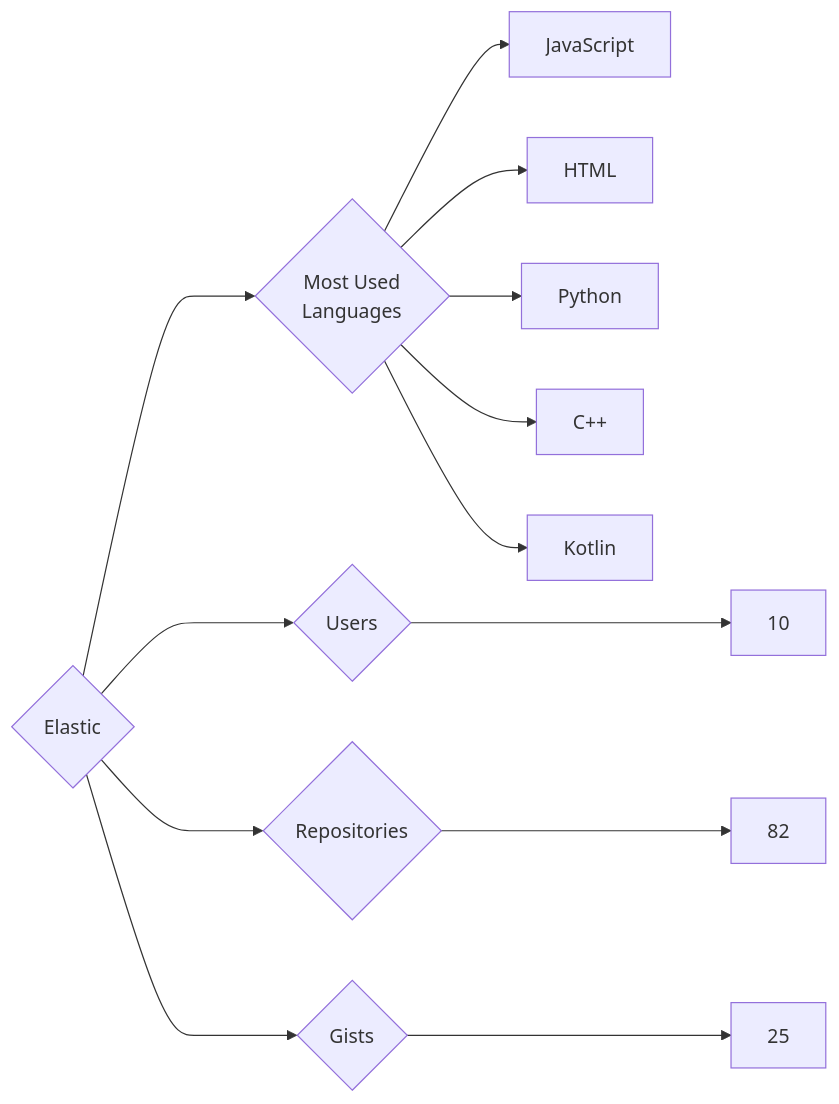
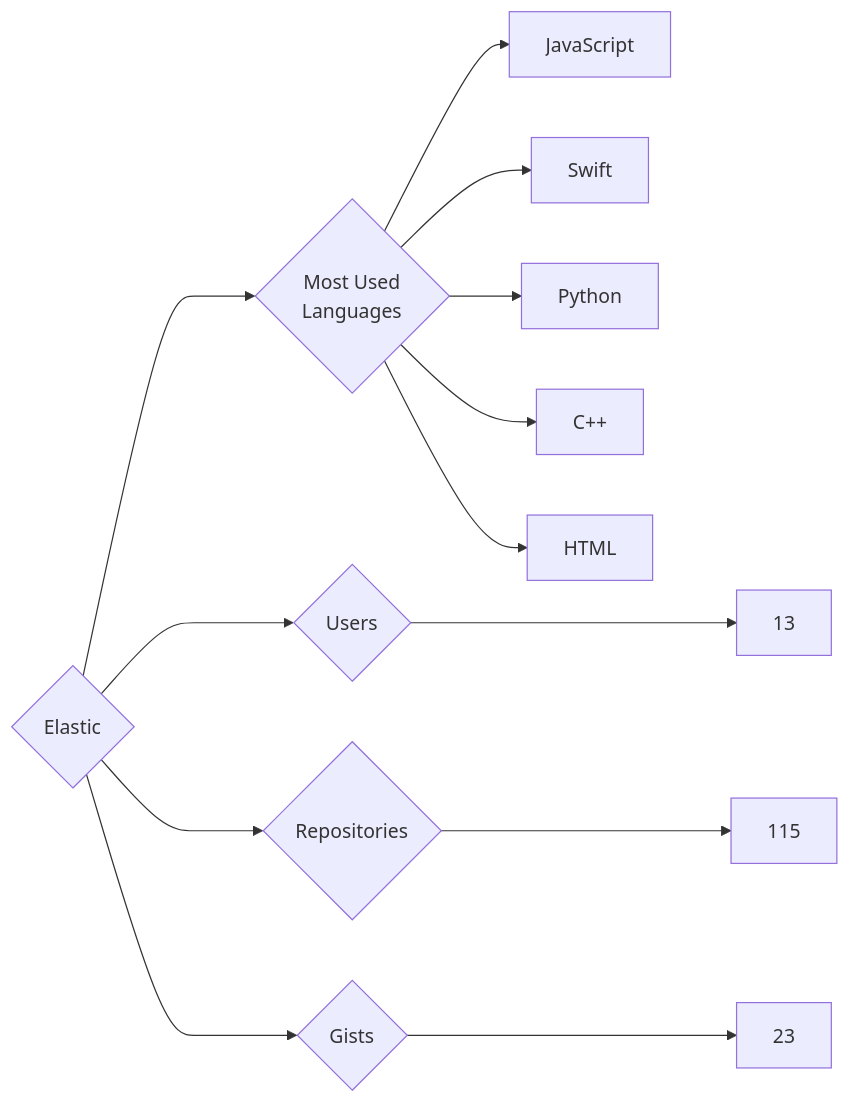
One commit to trickest/insiders changed the diagram in targets/Elastic/README.md. Above: the diagram before and after it, drawn with Mermaid. The commit also changed 1170 other files, not shown here.

````diff
--- a/targets/Elastic/README.md
+++ b/targets/Elastic/README.md
@@ -3,13 +3,13 @@
 ```mermaid
 graph LR
 COMPANY_NAME{Elastic}
-COMPANY_NAME ---> U{Users} ---> UN[10]
-COMPANY_NAME ---> R{Repositories} ---> RN[82]
-COMPANY_NAME ---> G{Gists} ---> GN[25]
+COMPANY_NAME ---> U{Users} ---> UN[13]
+COMPANY_NAME ---> R{Repositories} ---> RN[115]
+COMPANY_NAME ---> G{Gists} ---> GN[23]
 COMPANY_NAME ---> ML{Most Used<br>Languages}
 ML --> JavaScript[JavaScript]
-ML --> HTML[HTML]
+ML --> Swift[Swift]
 ML --> Python[Python]
 ML --> C++[C++]
-ML --> Kotlin[Kotlin]
+ML --> HTML[HTML]
 ```
````
